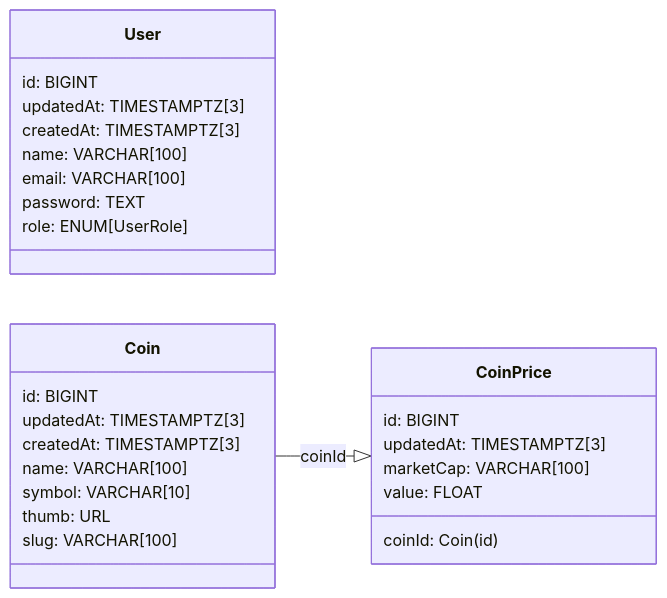
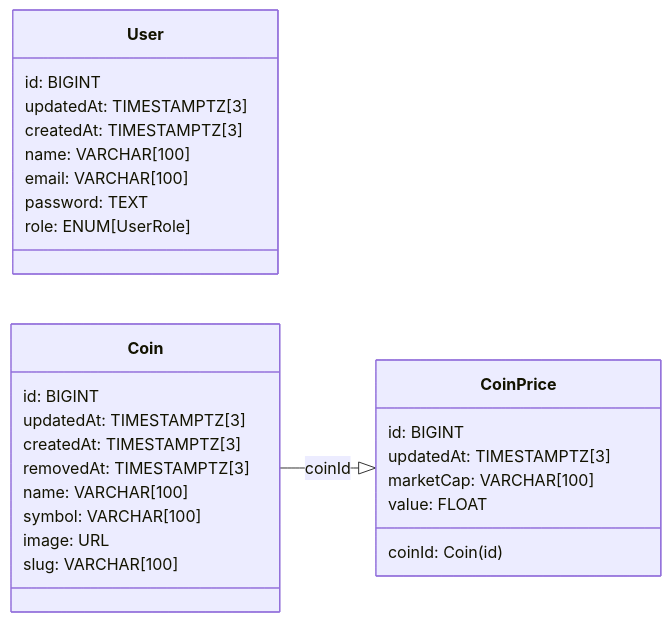
Before and after one commit to leandroluk/truther-coinbase: the diagram in README.md, drawn with Mermaid. The commit also changed 45 other files, not shown here.

````diff
--- a/README.md
+++ b/README.md
@@ -41,41 +41,42 @@
 ```mermaid
 ---
   config:
     class:
       hideEmptyMembersBox: true
 ---
 classDiagram
     direction LR
 
     enum UserRole
 
     class User {
         id: BIGINT
         updatedAt: TIMESTAMPTZ[3]
         createdAt: TIMESTAMPTZ[3]
         name: VARCHAR[100]
         email: VARCHAR[100]
         password: TEXT
         role: ENUM[UserRole]
     }
 
     class Coin {
         id: BIGINT
         updatedAt: TIMESTAMPTZ[3]
         createdAt: TIMESTAMPTZ[3]
+        removedAt: TIMESTAMPTZ[3]
         name: VARCHAR[100]
-        symbol: VARCHAR[10]
-        thumb: URL
+        symbol: VARCHAR[100]
+        image: URL
         slug: VARCHAR[100]
     }
 
     class CoinPrice {
         id: BIGINT
         updatedAt: TIMESTAMPTZ[3]
         marketCap: VARCHAR[100]
         value: FLOAT
         coinId: Coin(id)
     }
 
     Coin --|> CoinPrice : coinId
 ```
````
